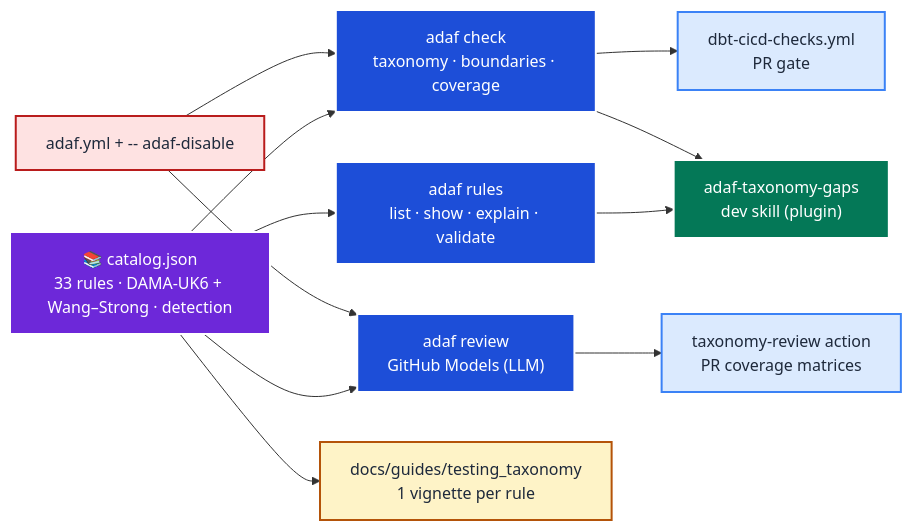
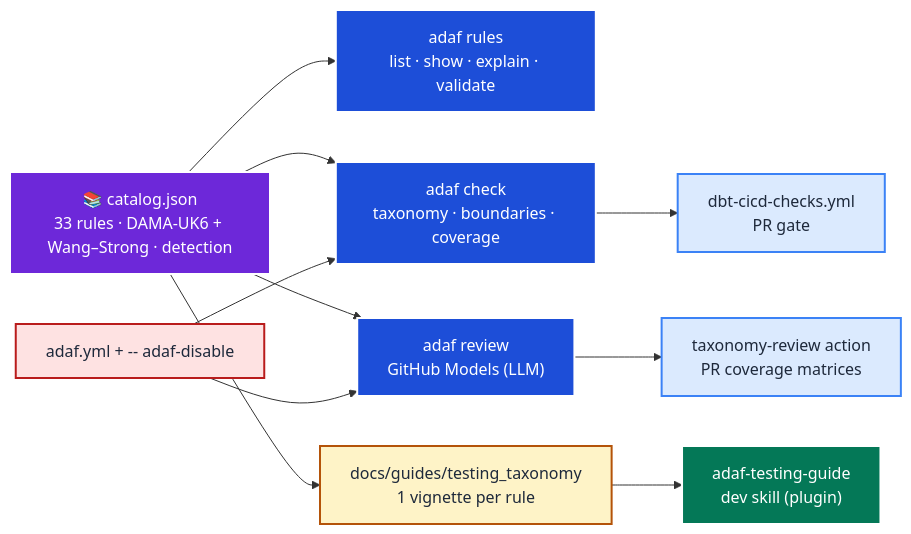
One commit to neozenith/dbt-gcp-jaffleshop changed the diagram in docs/guides/adaf.md. Above: the diagram before and after it, drawn with Mermaid. The commit also changed other lines of this file and 49 other files, not shown here.

First line of the commit message:
feat(adaf): adaf-testing-guide skill + cross-tool (Codex/Copilot) compatibility (#33)

````diff
--- a/docs/guides/adaf.md
+++ b/docs/guides/adaf.md
@@ -26,23 +26,22 @@
 ```mermaid
 flowchart LR
     CAT["📚 catalog.json<br/>33 rules · DAMA-UK6 + Wang–Strong · detection"]:::ssot
 
     CAT --> RULES["adaf rules<br/>list · show · explain · validate"]:::cli
     CAT --> CHECK["adaf check<br/>taxonomy · boundaries · coverage"]:::cli
     CAT --> REVIEW["adaf review<br/>GitHub Models (LLM)"]:::cli
 
     CHECK --> CIGATE["dbt-cicd-checks.yml<br/>PR gate"]:::ci
     REVIEW --> CICOMMENT["taxonomy-review action<br/>PR coverage matrices"]:::ci
-    RULES --> SKILL["adaf-taxonomy-gaps<br/>dev skill (plugin)"]:::skill
-    CHECK --> SKILL
     CAT --> VIG["docs/guides/testing_taxonomy<br/>1 vignette per rule"]:::doc
+    VIG --> SKILL["adaf-testing-guide<br/>dev skill (plugin)"]:::skill
     SUPP["adaf.yml + -- adaf-disable"]:::supp --> CHECK
     SUPP --> REVIEW
 
     classDef ssot fill:#6d28d9,stroke:#ffffff,color:#ffffff,stroke-width:2px
     classDef cli fill:#1d4ed8,stroke:#ffffff,color:#ffffff,stroke-width:2px
     classDef ci fill:#dbeafe,stroke:#3b82f6,color:#1e293b,stroke-width:2px
     classDef skill fill:#047857,stroke:#ffffff,color:#ffffff,stroke-width:2px
     classDef doc fill:#fef3c7,stroke:#b45309,color:#1e293b,stroke-width:2px
     classDef supp fill:#fee2e2,stroke:#b91c1c,color:#1e293b,stroke-width:2px
 ```
````
